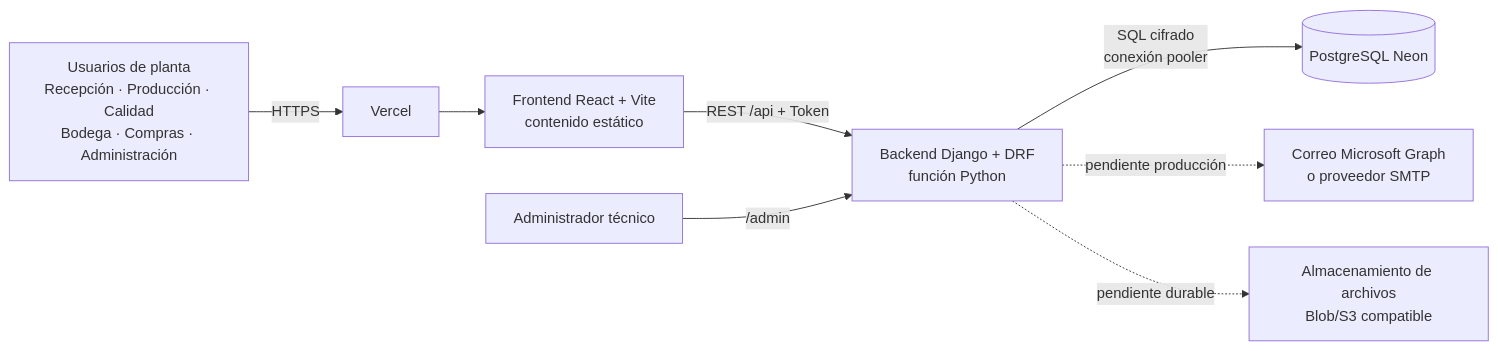
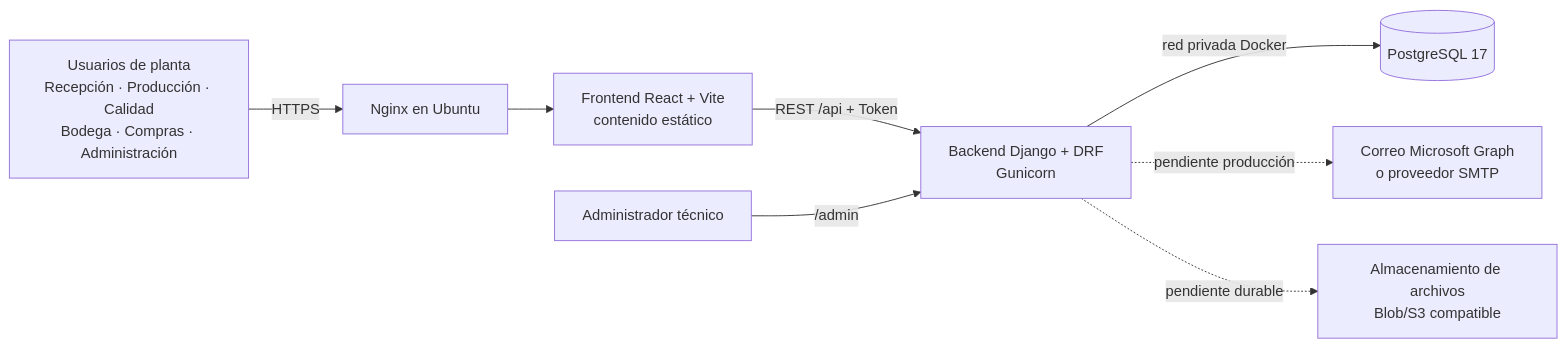
The first of 5 diagrams in docs/ARQUITECTURA_FLUJOS_BIZAGI_ESCALABILIDAD.md (FelipeCCAA/CCAA), drawn with Mermaid before and after one commit. The commit also changed other lines of this file and 20 other files, not shown here.

````diff
--- a/docs/ARQUITECTURA_FLUJOS_BIZAGI_ESCALABILIDAD.md
+++ b/docs/ARQUITECTURA_FLUJOS_BIZAGI_ESCALABILIDAD.md
@@ -50,10 +50,10 @@
 ```mermaid
 flowchart LR
-    U[Usuarios de planta\nRecepción · Producción · Calidad\nBodega · Compras · Administración] -->|HTTPS| V[Vercel]
-    V --> F[Frontend React + Vite\ncontenido estático]
-    F -->|REST /api + Token| B[Backend Django + DRF\nfunción Python]
-    B -->|SQL cifrado\nconexión pooler| N[(PostgreSQL Neon)]
+    U[Usuarios de planta\nRecepción · Producción · Calidad\nBodega · Compras · Administración] -->|HTTPS| N[Nginx en Ubuntu]
+    N --> F[Frontend React + Vite\ncontenido estático]
+    F -->|REST /api + Token| B[Backend Django + DRF\nGunicorn]
+    B -->|red privada Docker| P[(PostgreSQL 17)]
     A[Administrador técnico] -->|/admin| B
     B -. pendiente producción .-> E[Correo Microsoft Graph\no proveedor SMTP]
     B -. pendiente durable .-> O[Almacenamiento de archivos\nBlob/S3 compatible]
 ```
````
